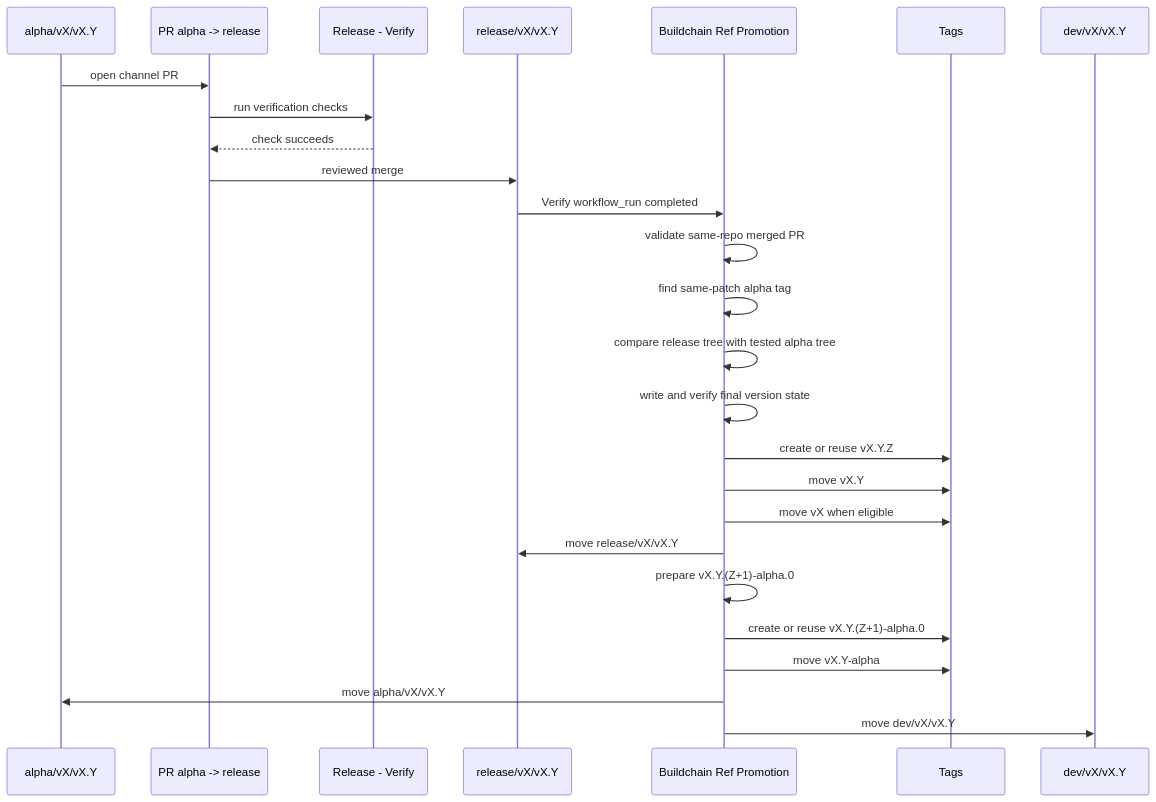
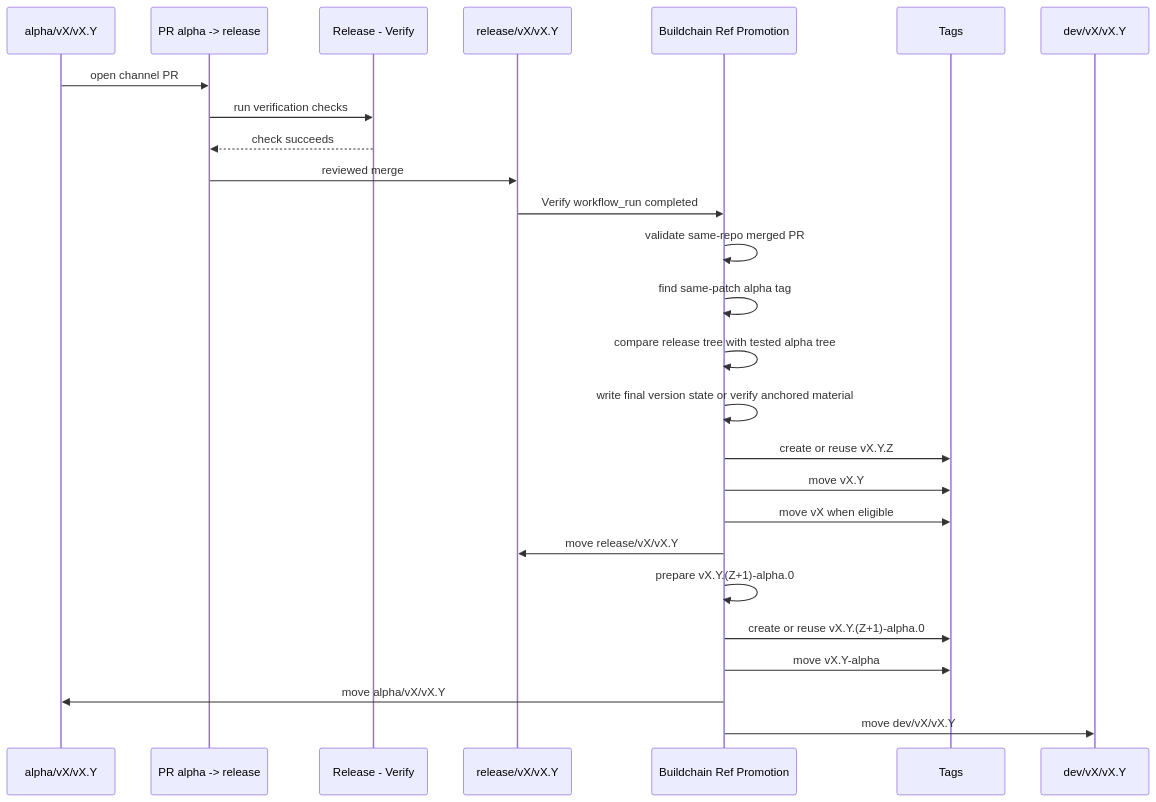
One commit to kungfu-systems/buildchain changed the third of 5 diagrams in docs/release-flow.md. Above: the diagram before and after it, drawn with Mermaid. The commit also changed other lines of this file and 6 other files, not shown here.

Commit message:
fix(release): allow anchored version material in release gate

````diff
--- a/docs/release-flow.md
+++ b/docs/release-flow.md
@@ -114,29 +114,29 @@
 ```mermaid
 sequenceDiagram
   participant Alpha as alpha/vX/vX.Y
   participant PR as PR alpha -> release
   participant Verify as Release - Verify
   participant Release as release/vX/vX.Y
   participant Promote as Buildchain Ref Promotion
   participant Tags as Tags
   participant Dev as dev/vX/vX.Y
 
   Alpha->>PR: open channel PR
   PR->>Verify: run verification checks
   Verify-->>PR: check succeeds
   PR->>Release: reviewed merge
   Release->>Promote: Verify workflow_run completed
   Promote->>Promote: validate same-repo merged PR
   Promote->>Promote: find same-patch alpha tag
   Promote->>Promote: compare release tree with tested alpha tree
-  Promote->>Promote: write and verify final version state
+  Promote->>Promote: write final version state or verify anchored material
   Promote->>Tags: create or reuse vX.Y.Z
   Promote->>Tags: move vX.Y
   Promote->>Tags: move vX when eligible
   Promote->>Release: move release/vX/vX.Y
   Promote->>Promote: prepare vX.Y.(Z+1)-alpha.0
   Promote->>Tags: create or reuse vX.Y.(Z+1)-alpha.0
   Promote->>Tags: move vX.Y-alpha
   Promote->>Alpha: move alpha/vX/vX.Y
   Promote->>Dev: move dev/vX/vX.Y
 ```
````
